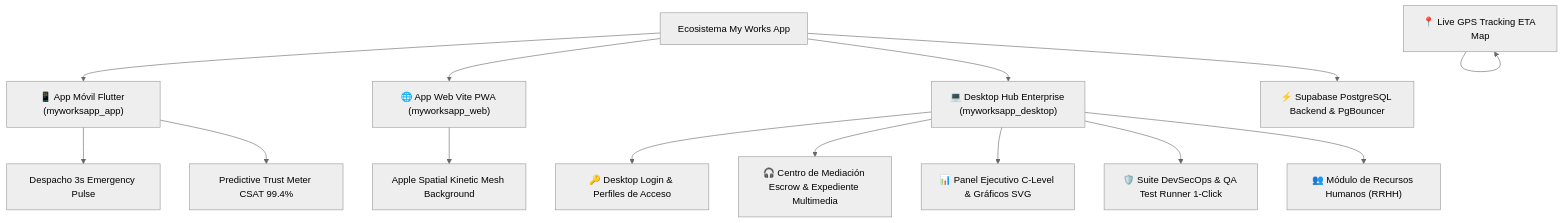
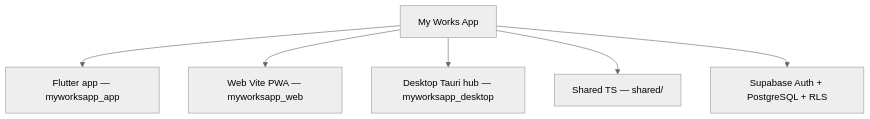
One commit to MathiasAlejandr0/MyWorksAppProyect changed the diagram in README.md. Above: the diagram before and after it, drawn with Mermaid (neutral theme). The commit also changed other lines of this file and 54 other files, not shown here.

````diff
--- a/README.md
+++ b/README.md
@@ -14,19 +16,8 @@
 ```mermaid
 graph TD
-    A["Ecosistema My Works App"] --> B["📱 App Móvil Flutter (myworksapp_app)"]
-    A --> C["🌐 App Web Vite PWA (myworksapp_web)"]
-    A --> D["💻 Desktop Hub Enterprise (myworksapp_desktop)"]
-    A --> E["⚡ Supabase PostgreSQL Backend & PgBouncer"]
-
-    B --> B1["Despacho 3s Emergency Pulse"]
-    B --> B2["Predictive Trust Meter CSAT 99.4%"]
-
-    C --> C1["Apple Spatial Kinetic Mesh Background"]
-    C2 --> C2["📍 Live GPS Tracking ETA Map"]
-
-    D --> D1["🔑 Desktop Login & Perfiles de Acceso"]
-    D --> D2["🎧 Centro de Mediación Escrow & Expediente Multimedia"]
-    D --> D3["📊 Panel Ejecutivo C-Level & Gráficos SVG"]
-    D --> D4["🛡️ Suite DevSecOps & QA Test Runner 1-Click"]
-    D --> D5["👥 Módulo de Recursos Humanos (RRHH)"]
-  ```
+    A["My Works App"] --> B["Flutter app — myworksapp_app"]
+    A --> C["Web Vite PWA — myworksapp_web"]
+    A --> D["Desktop Tauri hub — myworksapp_desktop"]
+    A --> E["Shared TS — shared/"]
+    A --> F["Supabase Auth + PostgreSQL + RLS"]
+```
````
